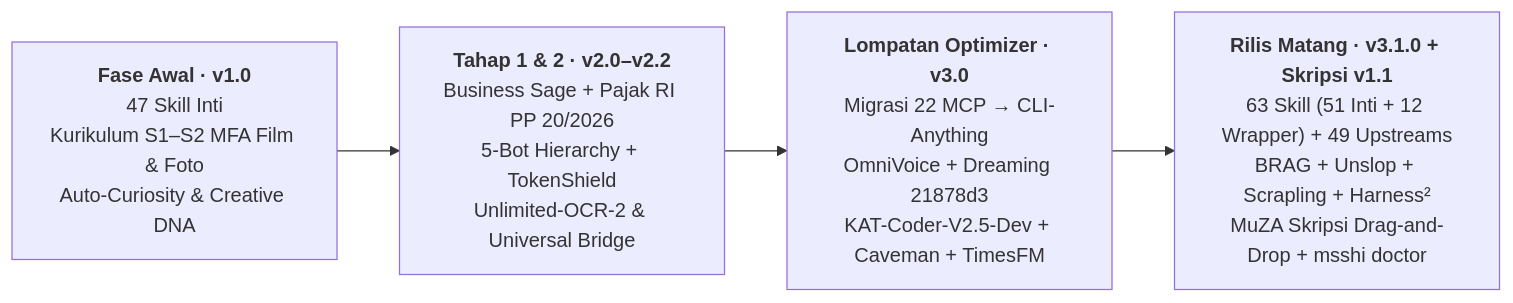
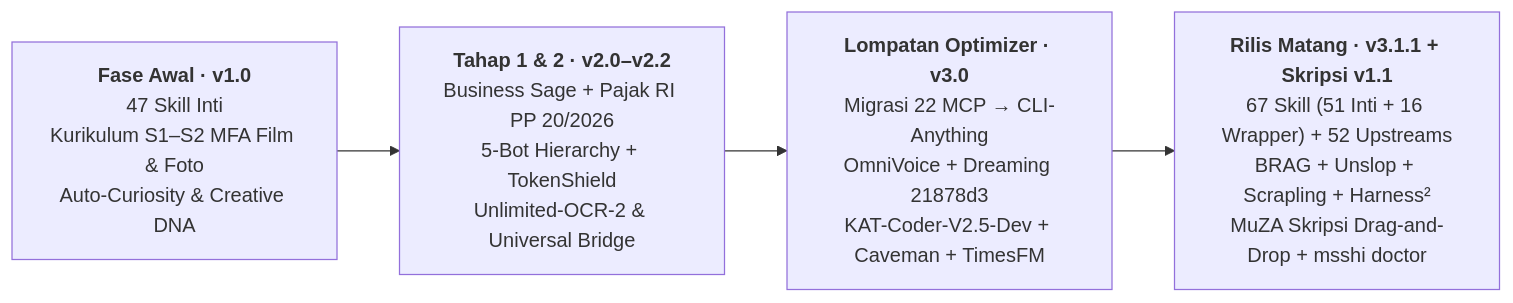
Before and after one commit to zidanaisar624/MSSHI-Mega-Semar-Sang-Hyang-Ismaya: the first of 2 diagrams in README.md, drawn with Mermaid. The commit also changed other lines of this file and 6 other files, not shown here.

````diff
--- a/README.md
+++ b/README.md
@@ -99,6 +101,6 @@
 ```mermaid
 flowchart LR
     V1["<b>Fase Awal · v1.0</b><br/>47 Skill Inti<br/>Kurikulum S1–S2 MFA Film &amp; Foto<br/>Auto-Curiosity &amp; Creative DNA"] --> V2["<b>Tahap 1 &amp; 2 · v2.0–v2.2</b><br/>Business Sage + Pajak RI PP 20/2026<br/>5-Bot Hierarchy + TokenShield<br/>Unlimited-OCR-2 &amp; Universal Bridge"]
     V2 --> V3["<b>Lompatan Optimizer · v3.0</b><br/>Migrasi 22 MCP &rarr; CLI-Anything<br/>OmniVoice + Dreaming 21878d3<br/>KAT-Coder-V2.5-Dev + Caveman + TimesFM"]
-    V3 --> V31["<b>Rilis Matang · v3.1.0 + Skripsi v1.1</b><br/>63 Skill (51 Inti + 12 Wrapper) + 49 Upstreams<br/>BRAG + Unslop + Scrapling + Harness²<br/>MuZA Skripsi Drag-and-Drop + msshi doctor"]
+    V3 --> V31["<b>Rilis Matang · v3.1.1 + Skripsi v1.1</b><br/>67 Skill (51 Inti + 16 Wrapper) + 52 Upstreams<br/>BRAG + Unslop + Scrapling + Harness²<br/>MuZA Skripsi Drag-and-Drop + msshi doctor"]
 ```
````
